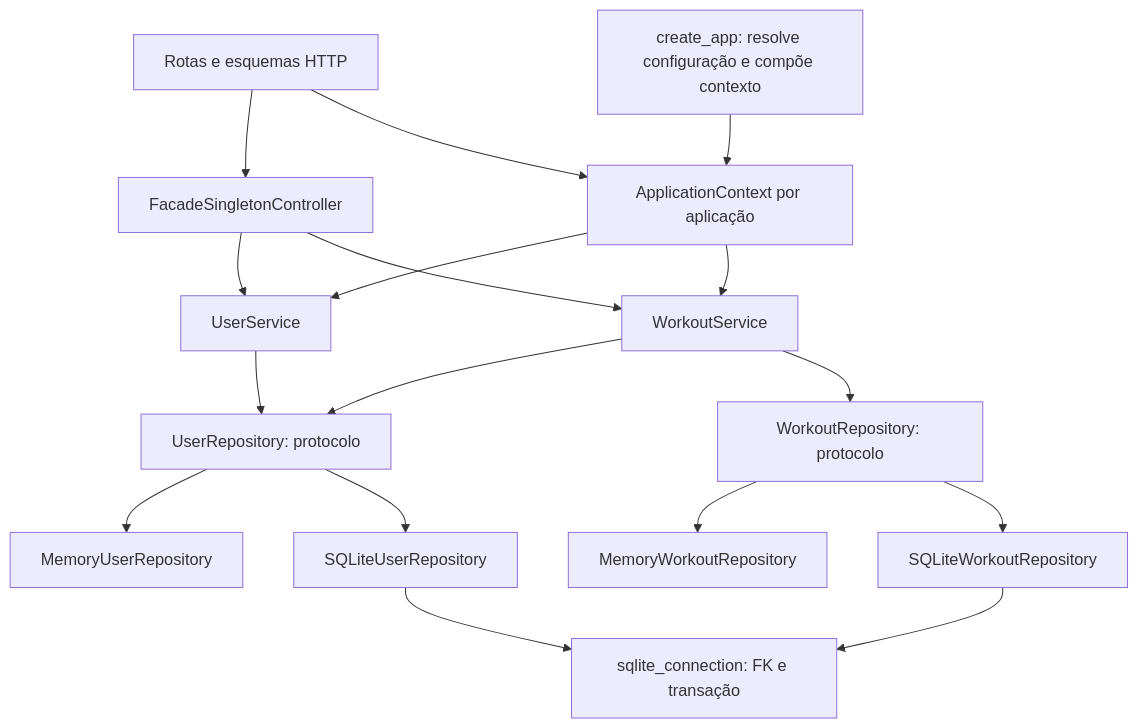
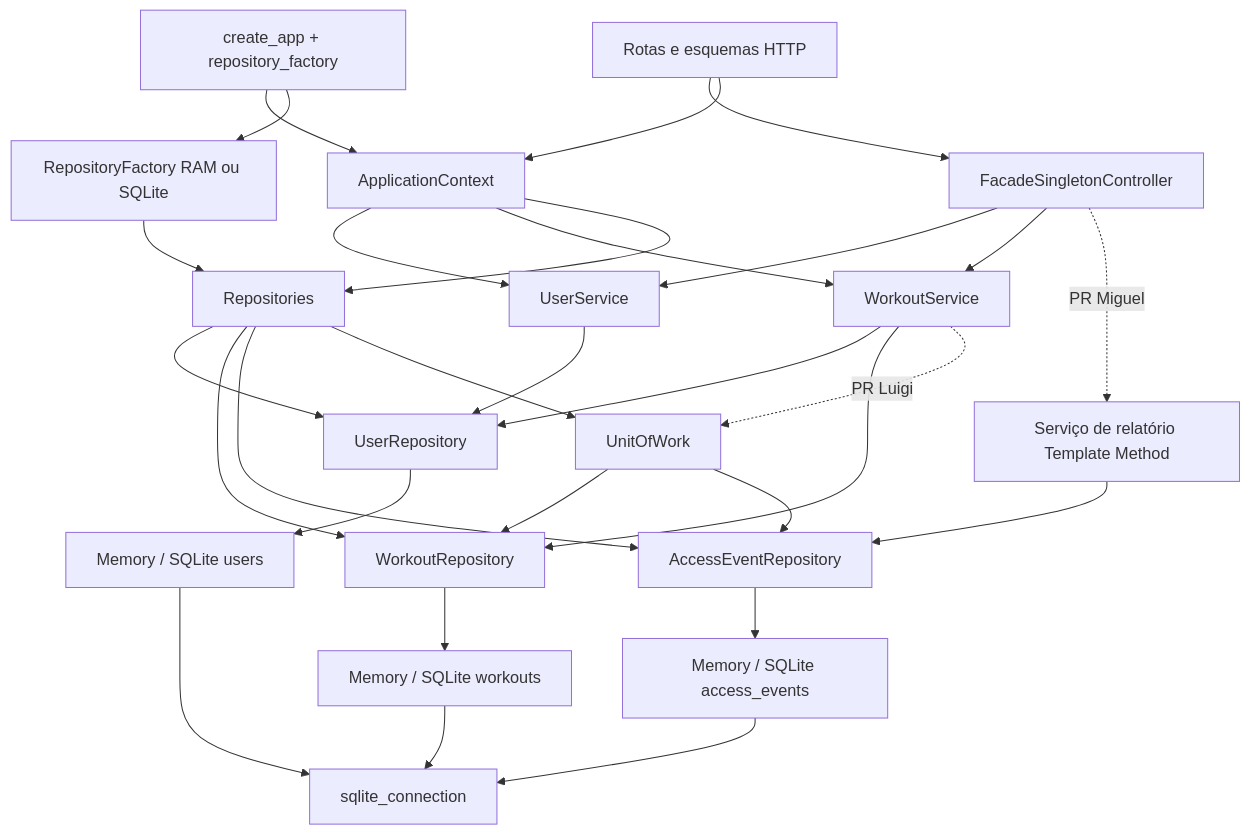
One commit to Miguelqfs/training-platform changed the first of 3 diagrams in docs/arquitetura.md. Above: the diagram before and after it, drawn with Mermaid. The commit also changed other lines of this file and 6 other files, not shown here.

First line of the commit message:
docs(sprint4): atualizar projeto, arquitetura e diagrama de classes

````diff
--- a/docs/arquitetura.md
+++ b/docs/arquitetura.md
@@ -12,19 +15,31 @@
 ```mermaid
 flowchart TD
     HTTP[Rotas e esquemas HTTP] --> F[FacadeSingletonController]
-    APP[create_app: resolve configuração e compõe contexto] --> C[ApplicationContext por aplicação]
+    APP[create_app + repository_factory] --> C[ApplicationContext]
     HTTP --> C
     F --> US[UserService]
     F --> WS[WorkoutService]
     C --> US
     C --> WS
-    US --> UR[UserRepository: protocolo]
+    C --> R[Repositories]
+    FACT[RepositoryFactory RAM ou SQLite] --> R
+    APP --> FACT
+    US --> UR[UserRepository]
     WS --> UR
-    WS --> WR[WorkoutRepository: protocolo]
-    UR --> UM[MemoryUserRepository]
-    UR --> UDB[SQLiteUserRepository]
-    WR --> WM[MemoryWorkoutRepository]
-    WR --> WDB[SQLiteWorkoutRepository]
-    UDB --> SQL[sqlite_connection: FK e transação]
-    WDB --> SQL
+    WS --> WR[WorkoutRepository]
+    WS -.->|PR Luigi| UoW[UnitOfWork]
+    UoW --> WR
+    UoW --> AR[AccessEventRepository]
+    R --> UR
+    R --> WR
+    R --> AR
+    R --> UoW
+    UR --> UM[Memory / SQLite users]
+    WR --> WM[Memory / SQLite workouts]
+    AR --> AM[Memory / SQLite access_events]
+    AM --> SQL[sqlite_connection]
+    WM --> SQL
+    UM --> SQL
+    F -.->|PR Miguel| RS[Serviço de relatório Template Method]
+    RS --> AR
 ```
````
